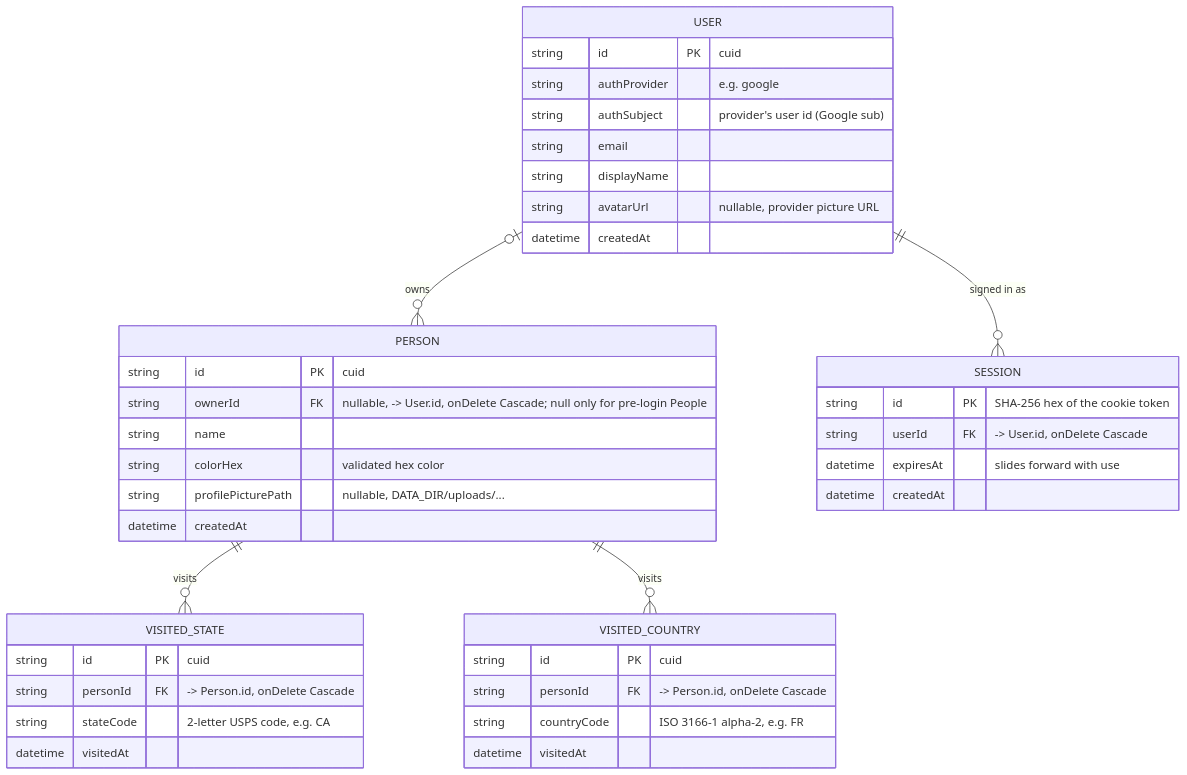
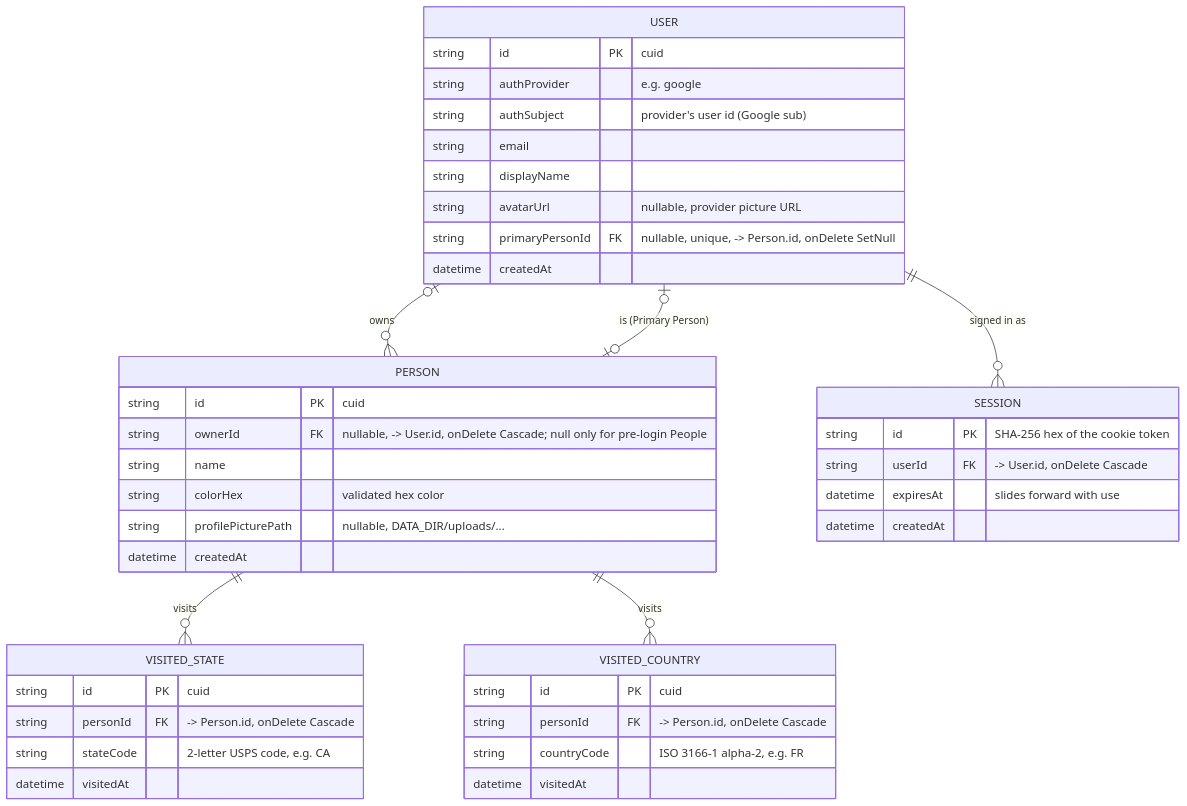
Before and after one commit to BobbyJoeCool/FamilyPassportMap: the diagram in Documentation/diagrams/ERD.mmd, drawn with Mermaid. The commit also changed 15 other files, not shown here.

First line of the commit message:
Add the welcome step and Primary Person (#6)

```diff
--- a/Documentation/diagrams/ERD.mmd
+++ b/Documentation/diagrams/ERD.mmd
@@ -1,62 +1,66 @@
 %% FamilyPassportMap — Master Entity-Relationship Diagram
 %% This is the single source of truth for the database schema. It must always match
 %% apps/server/prisma/schema.prisma exactly — see CLAUDE.md's "Diagram Sync Requirements".
-%% Implemented as of Phase 12 ticket #5 (migrations 20260812220505_add_person_and_visited_state,
+%% Implemented as of Phase 12 ticket #6 (migrations 20260812220505_add_person_and_visited_state,
 %% 20260916173026_add_visited_country, 20261019212746_add_user_and_session,
-%% 20261020153324_add_person_owner).
+%% 20261020153324_add_person_owner, 20261020172320_add_primary_person).
 
 erDiagram
     PERSON ||--o{ VISITED_STATE : "visits"
     PERSON ||--o{ VISITED_COUNTRY : "visits"
     USER ||--o{ SESSION : "signed in as"
     USER |o--o{ PERSON : "owns"
+    USER |o--o| PERSON : "is (Primary Person)"
 
     PERSON {
         string id PK "cuid"
         string ownerId FK "nullable, -> User.id, onDelete Cascade; null only for pre-login People"
         string name
         string colorHex "validated hex color"
         string profilePicturePath "nullable, DATA_DIR/uploads/..."
         datetime createdAt
     }
 
     VISITED_STATE {
         string id PK "cuid"
         string personId FK "-> Person.id, onDelete Cascade"
         string stateCode "2-letter USPS code, e.g. CA"
         datetime visitedAt
     }
 
     VISITED_COUNTRY {
         string id PK "cuid"
         string personId FK "-> Person.id, onDelete Cascade"
         string countryCode "ISO 3166-1 alpha-2, e.g. FR"
         datetime visitedAt
     }
 
     USER {
         string id PK "cuid"
         string authProvider "e.g. google"
         string authSubject "provider's user id (Google sub)"
         string email
         string displayName
         string avatarUrl "nullable, provider picture URL"
+        string primaryPersonId FK "nullable, unique, -> Person.id, onDelete SetNull"
         datetime createdAt
     }
 
     SESSION {
         string id PK "SHA-256 hex of the cookie token"
         string userId FK "-> User.id, onDelete Cascade"
         datetime expiresAt "slides forward with use"
         datetime createdAt
     }
 
     %% USER (authProvider, authSubject) is unique — one User per provider identity.
+    %% USER.primaryPersonId is unique (one User per Person) and null only before the welcome
+    %% step; deleting that Person sets it back to null.
     %% Deleting a User cascade-deletes their Sessions and the People they own (and so those
     %% People's visits). PERSON.ownerId is indexed.
     %% Unique constraints: VISITED_STATE (personId, stateCode) and
     %% VISITED_COUNTRY (personId, countryCode) — a person can only have one row per
     %% state, and one row per country.
     %% Deleting a Person cascade-deletes both their VisitedState and VisitedCountry rows.
     %% VISITED_STATE and VISITED_COUNTRY are fully independent — no relation between them,
     %% and marking the US as a visited country has no link to any visited states.
```
